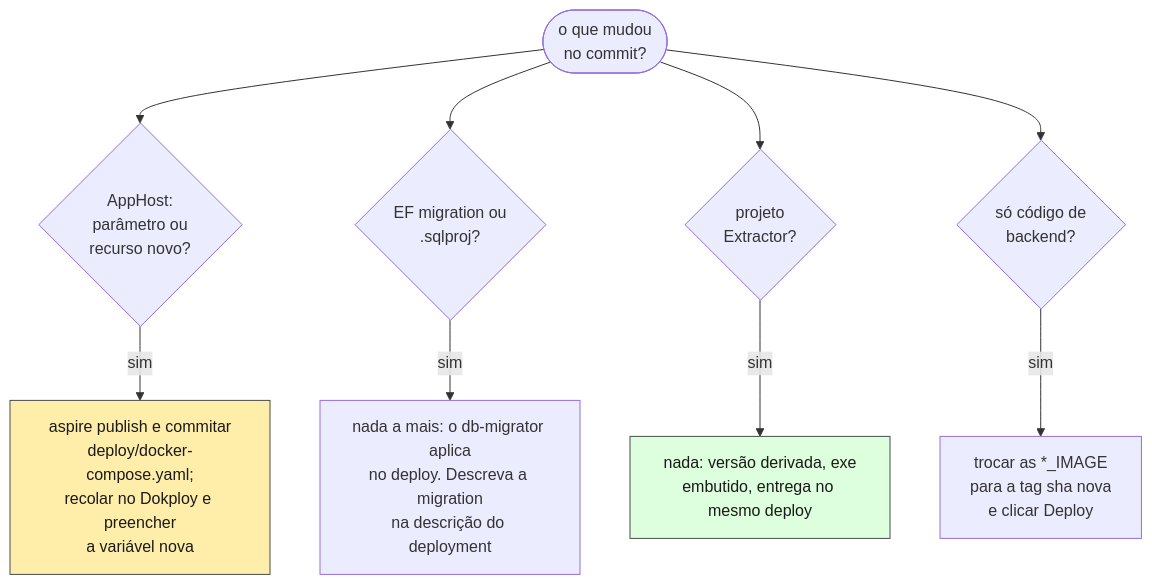
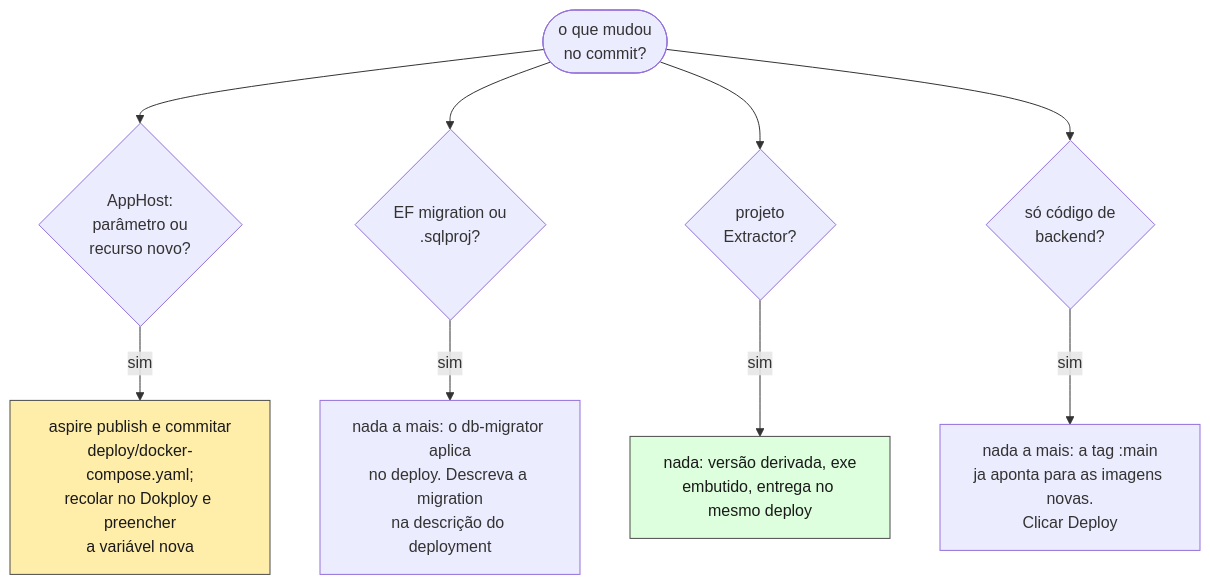
Diagram 11 of 11 in Docs/fluxo-de-entrega.md (procfit/MLDemandForcastPOC), drawn with Mermaid before and after one commit. The commit also changed other lines of this file, not shown here.

First line of the commit message:
docs(delivery): finish the moving-tag correction in the diagrams

````diff
--- a/Docs/fluxo-de-entrega.md
+++ b/Docs/fluxo-de-entrega.md
@@ -374,17 +375,17 @@
 ```mermaid
 flowchart TB
     START(["o que mudou<br/>no commit?"])
 
     START --> Q_APP{"AppHost:<br/>parâmetro ou<br/>recurso novo?"}
     START --> Q_MIG{"EF migration ou<br/>.sqlproj?"}
     START --> Q_EXT{"projeto<br/>Extractor?"}
     START --> Q_COD{"só código de<br/>backend?"}
 
     Q_APP -->|sim| A_APP["aspire publish e commitar<br/>deploy/docker-compose.yaml;<br/>recolar no Dokploy e preencher<br/>a variável nova"]
     Q_MIG -->|sim| A_MIG["nada a mais: o db-migrator aplica<br/>no deploy. Descreva a migration<br/>na descrição do deployment"]
     Q_EXT -->|sim| A_EXT["nada: versão derivada, exe<br/>embutido, entrega no mesmo deploy"]
-    Q_COD -->|sim| A_COD["trocar as *_IMAGE<br/>para a tag sha nova<br/>e clicar Deploy"]
+    Q_COD -->|sim| A_COD["nada a mais: a tag :main<br/>ja aponta para as imagens novas.<br/>Clicar Deploy"]
 
     style A_APP fill:#fea,stroke:#4a4a4a,color:#1a1a1a
     style A_EXT fill:#dfd,stroke:#4a4a4a,color:#1a1a1a
 ```
````
